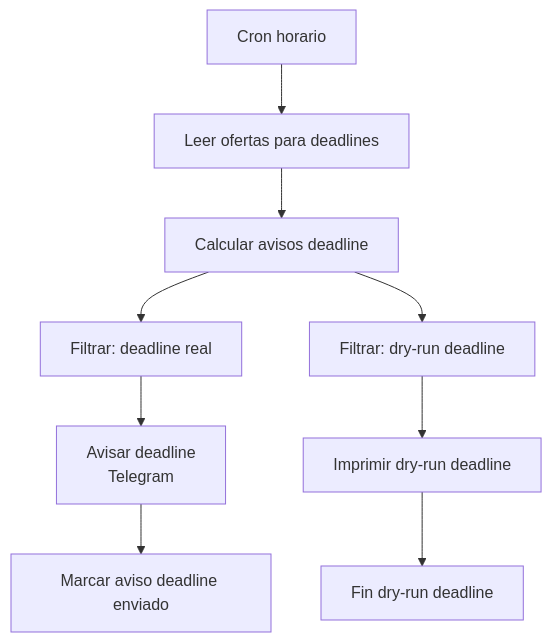
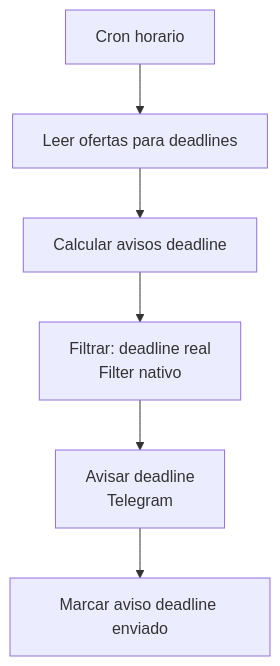
One commit to SMsimarco/radar-empleos changed the third of 4 diagrams in README.md. Above: the diagram before and after it, drawn with Mermaid. The commit also changed other lines of this file and 1 other file, not shown here.

````diff
--- a/README.md
+++ b/README.md
@@ -63,6 +66,5 @@
 ```mermaid
 flowchart TD
     CH[Cron horario] --> LD[Leer ofertas para deadlines] --> CD[Calcular avisos deadline]
-    CD --> FDR[Filtrar: deadline real] --> TG[Avisar deadline<br/>Telegram] --> MD[Marcar aviso deadline enviado]
-    CD --> FDD[Filtrar: dry-run deadline] --> IDD[Imprimir dry-run deadline] --> NDD[Fin dry-run deadline]
+    CD --> FDR[Filtrar: deadline real<br/>Filter nativo] --> TG[Avisar deadline<br/>Telegram] --> MD[Marcar aviso deadline enviado]
 ```
````
